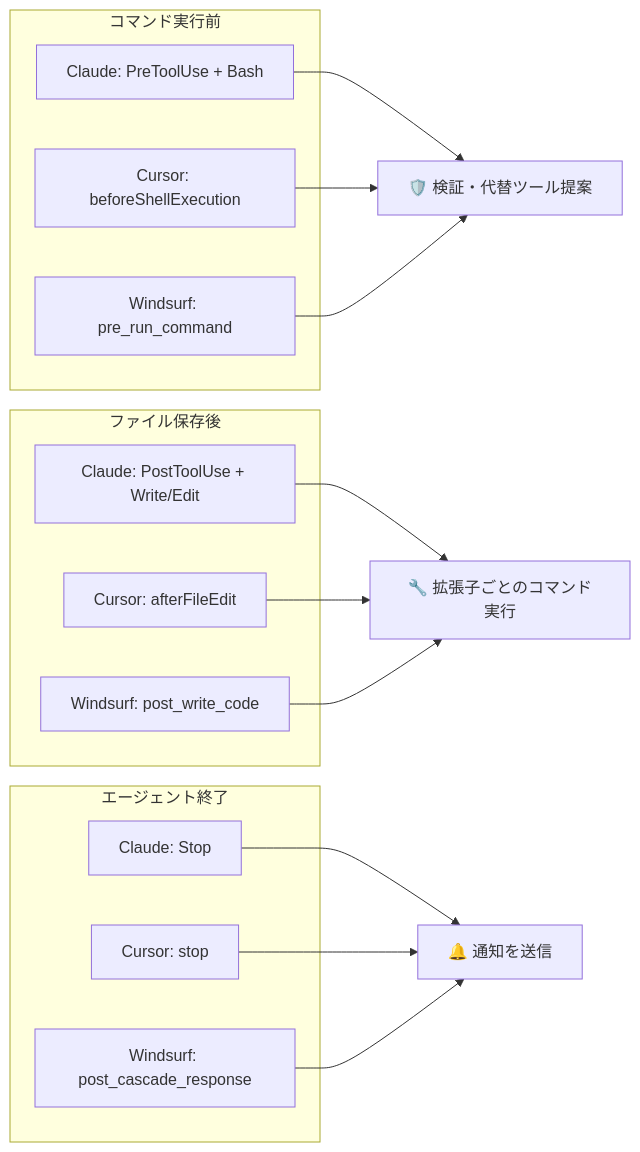
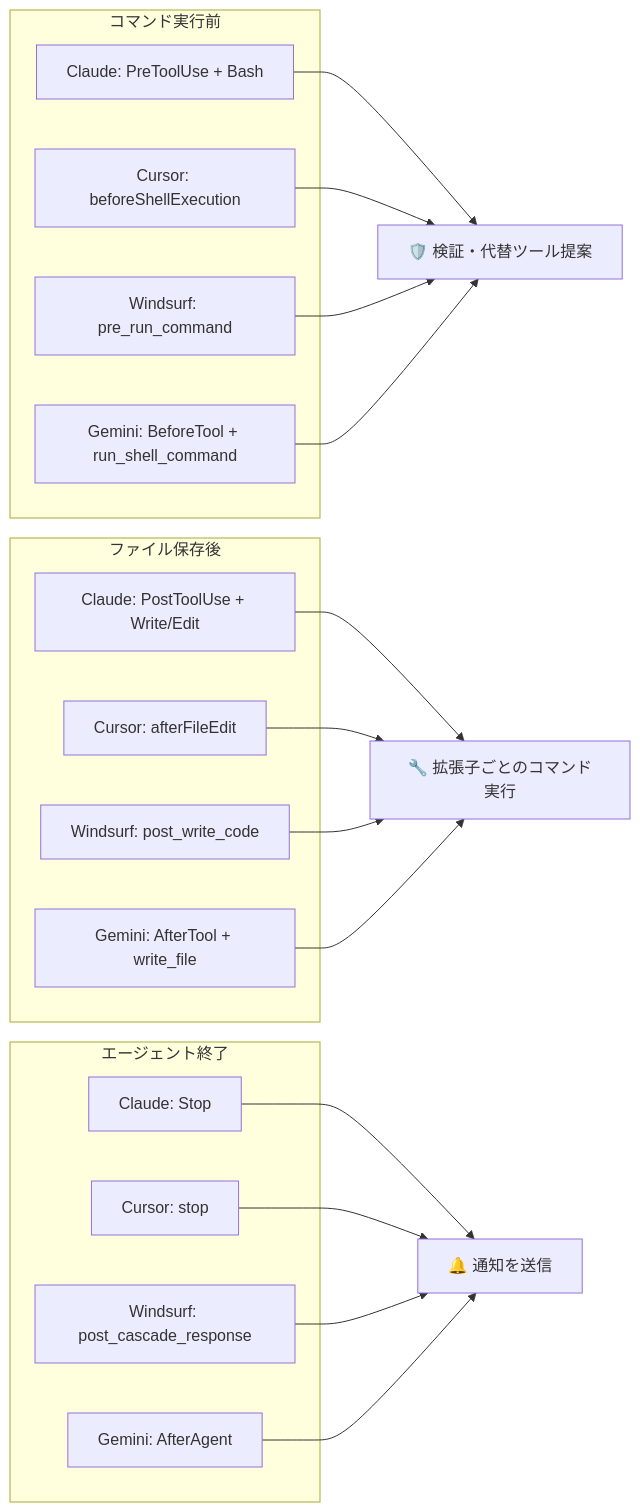
One commit to owayo/claw-hooks changed the diagram in README.ja.md. Above: the diagram before and after it, drawn with Mermaid. The commit also changed other lines of this file and 13 other files, not shown here.

````diff
--- a/README.ja.md
+++ b/README.ja.md
@@ -515,32 +583,38 @@
 ```mermaid
 graph LR
     subgraph コマンド実行前
         CC1[Claude: PreToolUse + Bash]
         CU1[Cursor: beforeShellExecution]
         WS1[Windsurf: pre_run_command]
+        GE1[Gemini: BeforeTool + run_shell_command]
     end
     CH1[🛡️ 検証・代替ツール提案]
     CC1 --> CH1
     CU1 --> CH1
     WS1 --> CH1
+    GE1 --> CH1
 
     subgraph ファイル保存後
         CC2[Claude: PostToolUse + Write/Edit]
         CU2[Cursor: afterFileEdit]
         WS2[Windsurf: post_write_code]
+        GE2[Gemini: AfterTool + write_file]
     end
     CH2[🔧 拡張子ごとのコマンド実行]
     CC2 --> CH2
     CU2 --> CH2
     WS2 --> CH2
+    GE2 --> CH2
 
     subgraph エージェント終了
         CC3[Claude: Stop]
         CU3[Cursor: stop]
         WS3[Windsurf: post_cascade_response]
+        GE3[Gemini: AfterAgent]
     end
     CH3[🔔 通知を送信]
     CC3 --> CH3
     CU3 --> CH3
     WS3 --> CH3
+    GE3 --> CH3
 ```
````
